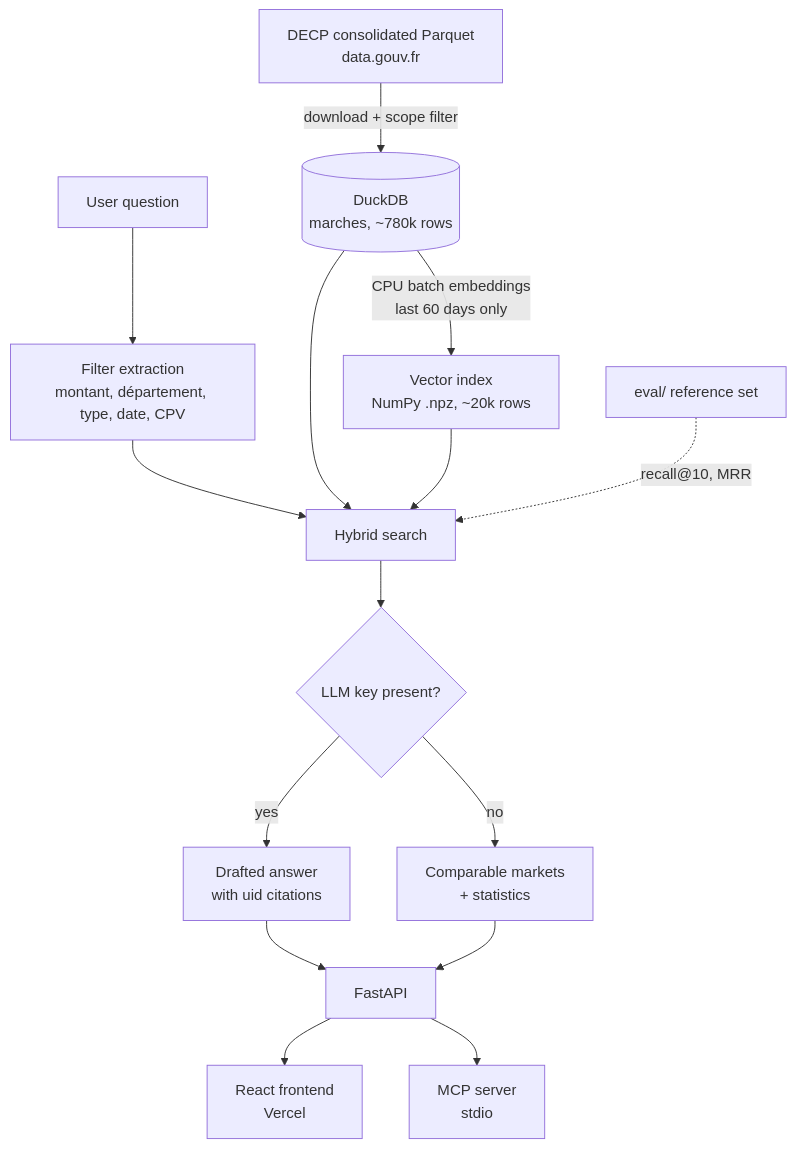
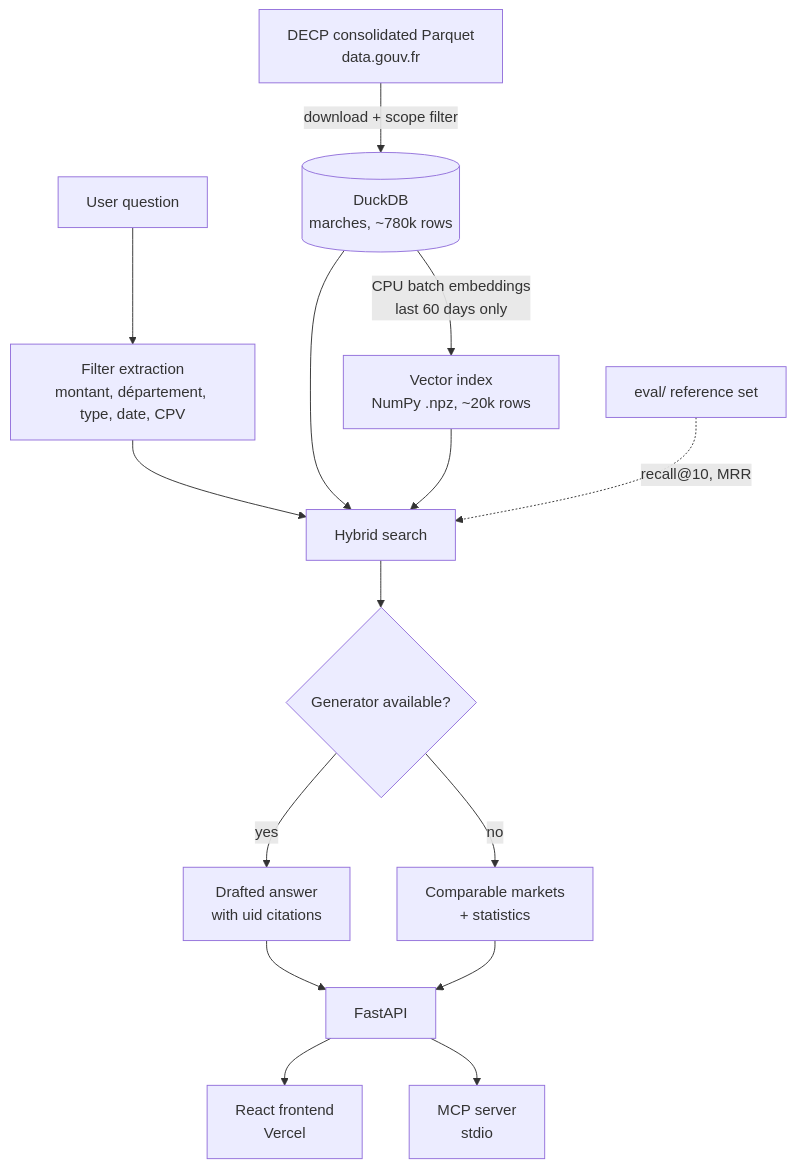
The diagram in README.md (Evanguennou29/decp-copilot), drawn with Mermaid before and after one commit. The commit also changed other lines of this file and 4 other files, not shown here.

````diff
--- a/README.md
+++ b/README.md
@@ -41,17 +57,17 @@
 ```mermaid
 flowchart TD
     A["DECP consolidated Parquet<br/>data.gouv.fr"] -->|download + scope filter| B[("DuckDB<br/>marches, ~780k rows")]
     B -->|CPU batch embeddings<br/>last 60 days only| C["Vector index<br/>NumPy .npz, ~20k rows"]
     D["User question"] --> E["Filter extraction<br/>montant, département, type, date, CPV"]
     E --> F["Hybrid search"]
     B --> F
     C --> F
-    F --> G{"LLM key present?"}
+    F --> G{"Generator available?"}
     G -->|yes| H["Drafted answer<br/>with uid citations"]
     G -->|no| I["Comparable markets<br/>+ statistics"]
     H --> J["FastAPI"]
     I --> J
     J --> K["React frontend<br/>Vercel"]
     J --> L["MCP server<br/>stdio"]
     M["eval/ reference set"] -.->|"recall@10, MRR"| F
 ```
````
